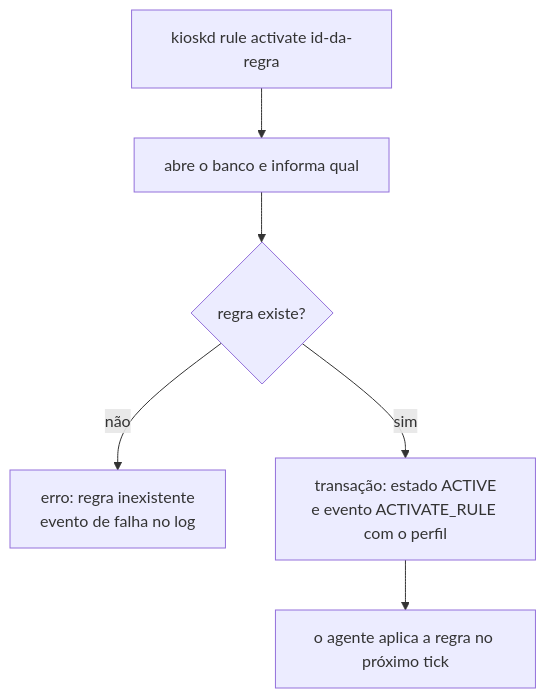
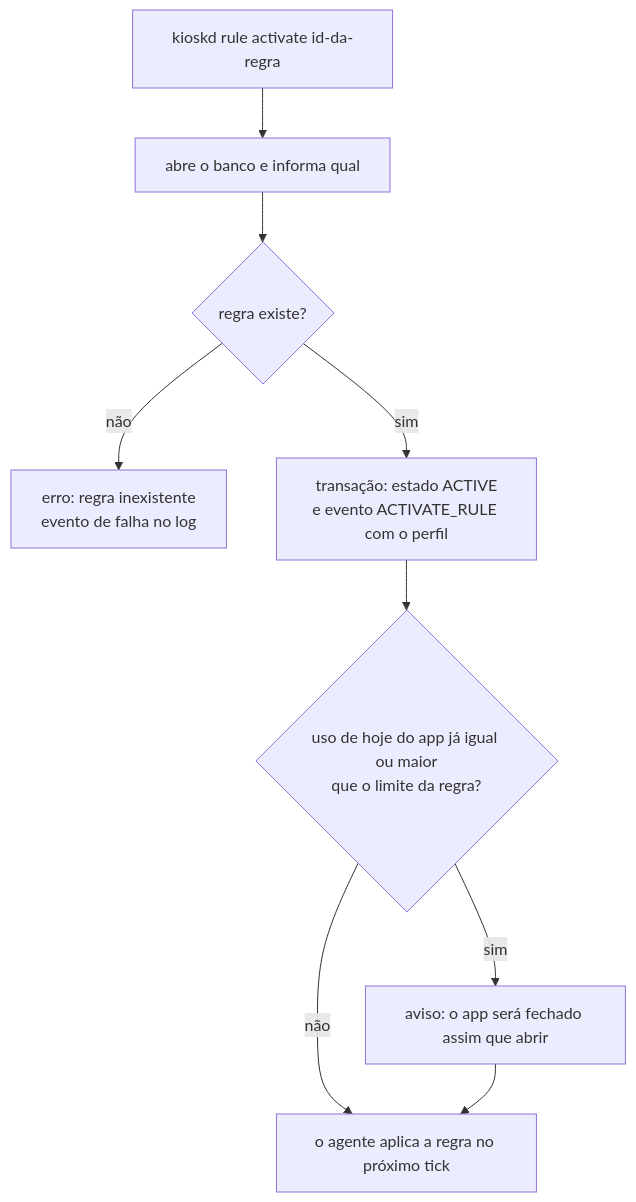
Diagram 14 of 28 in docs/architecture/fluxos-dos-comandos.md (jefersonlop3s/kiosk-engine), drawn with Mermaid before and after one commit. The commit also changed other lines of this file and 11 other files, not shown here.

````diff
--- a/docs/architecture/fluxos-dos-comandos.md
+++ b/docs/architecture/fluxos-dos-comandos.md
@@ -218,8 +226,11 @@
 ```mermaid
 flowchart TD
     A["kioskd rule activate id-da-regra"] --> B["abre o banco e informa qual"]
     B --> C{"regra existe?"}
     C -->|não| E["erro: regra inexistente<br/>evento de falha no log"]
     C -->|sim| D["transação: estado ACTIVE<br/>e evento ACTIVATE_RULE com o perfil"]
-    D --> F["o agente aplica a regra no próximo tick"]
+    D --> W{"uso de hoje do app já igual ou maior<br/>que o limite da regra?"}
+    W -->|sim| W1["aviso: o app será fechado assim que abrir"]
+    W -->|não| F["o agente aplica a regra no próximo tick"]
+    W1 --> F
 ```
````
